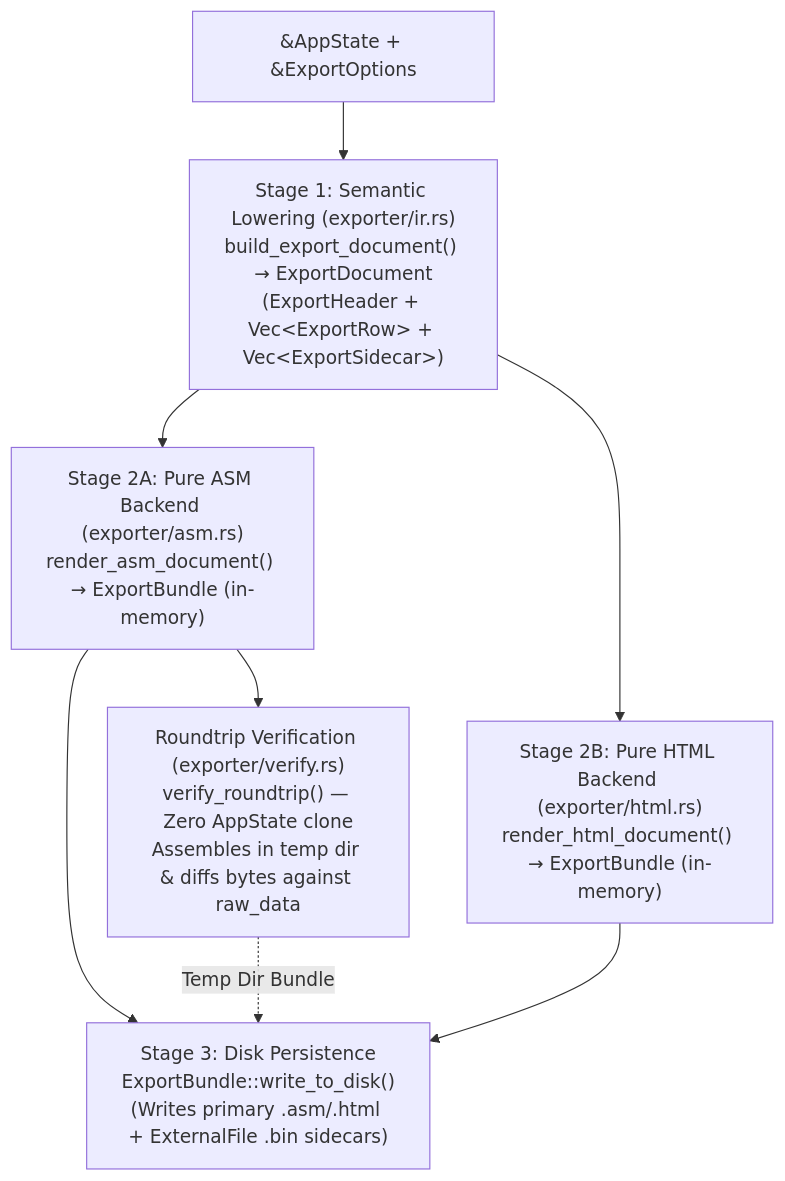
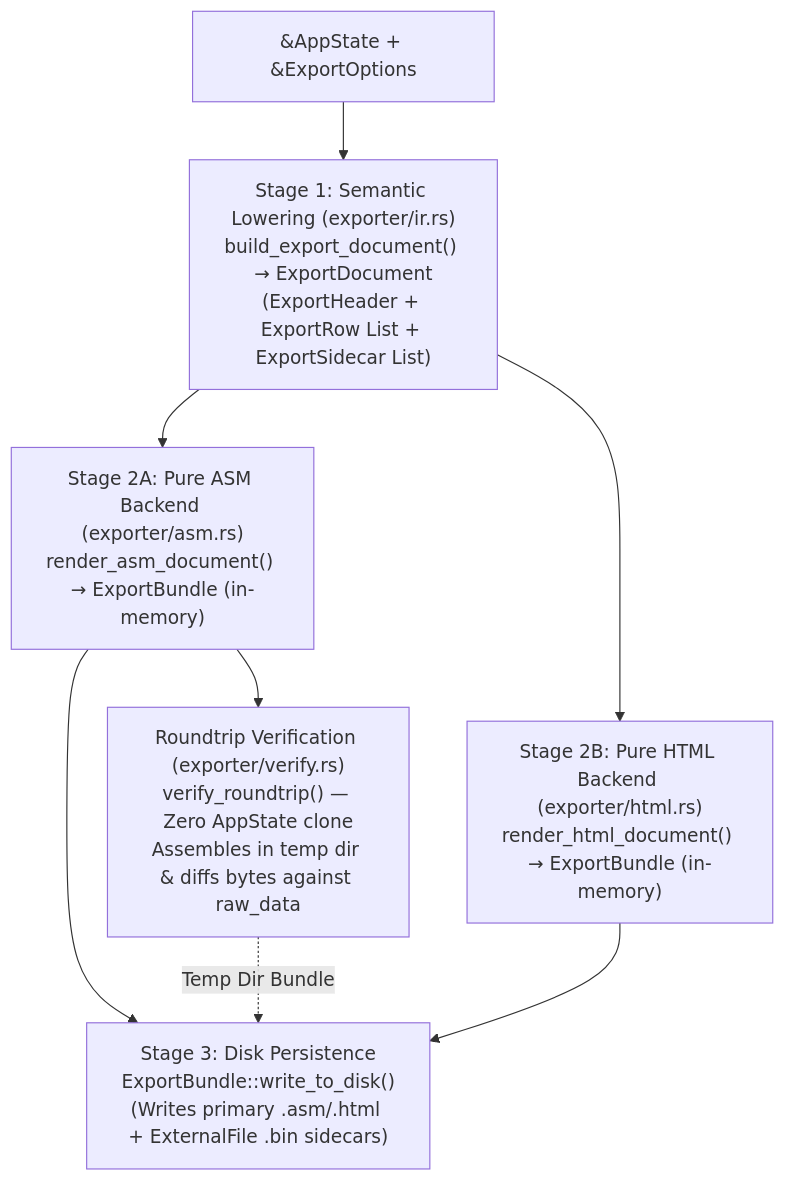
One commit to ricardoquesada/regenerator2000 changed the fifth of 11 diagrams in docs/architecture.md. Above: the diagram before and after it, drawn with Mermaid. The commit also changed other lines of this file, not shown here.

First line of the commit message:
Fix Mermaid v11 syntax errors and replace MathJax in architecture docs

````diff
--- a/docs/architecture.md
+++ b/docs/architecture.md
@@ -359,17 +359,17 @@
 ```mermaid
 flowchart TB
     Input["&AppState + &ExportOptions"]
-    Stage1["Stage 1: Semantic Lowering (exporter/ir.rs)<br/>build_export_document() → ExportDocument<br/>(ExportHeader + Vec#lt;ExportRow#gt; + Vec#lt;ExportSidecar#gt;)"]
+    Stage1["Stage 1: Semantic Lowering (exporter/ir.rs)<br/>build_export_document() → ExportDocument<br/>(ExportHeader + ExportRow List + ExportSidecar List)"]
     Stage2A["Stage 2A: Pure ASM Backend (exporter/asm.rs)<br/>render_asm_document() → ExportBundle (in-memory)"]
     Stage2B["Stage 2B: Pure HTML Backend (exporter/html.rs)<br/>render_html_document() → ExportBundle (in-memory)"]
     Verify["Roundtrip Verification (exporter/verify.rs)<br/>verify_roundtrip() — Zero AppState clone<br/>Assembles in temp dir & diffs bytes against raw_data"]
     Stage3["Stage 3: Disk Persistence<br/>ExportBundle::write_to_disk()<br/>(Writes primary .asm/.html + ExternalFile .bin sidecars)"]
 
     Input --> Stage1
     Stage1 --> Stage2A
     Stage1 --> Stage2B
     Stage2A --> Verify
     Stage2A --> Stage3
     Verify -.->|Temp Dir Bundle| Stage3
     Stage2B --> Stage3
 ```
````
